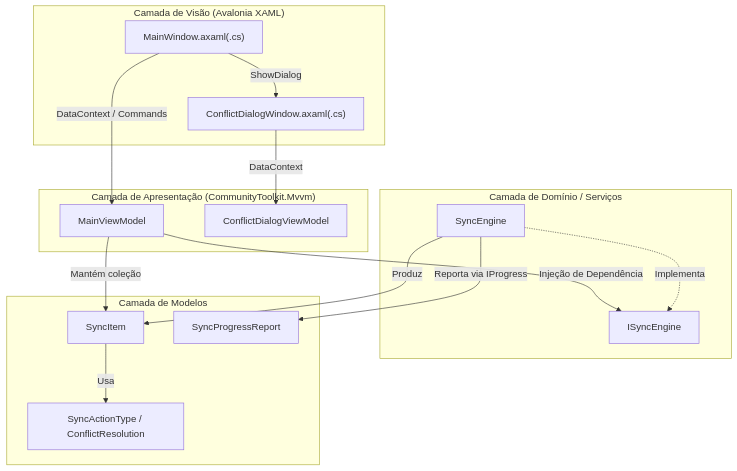
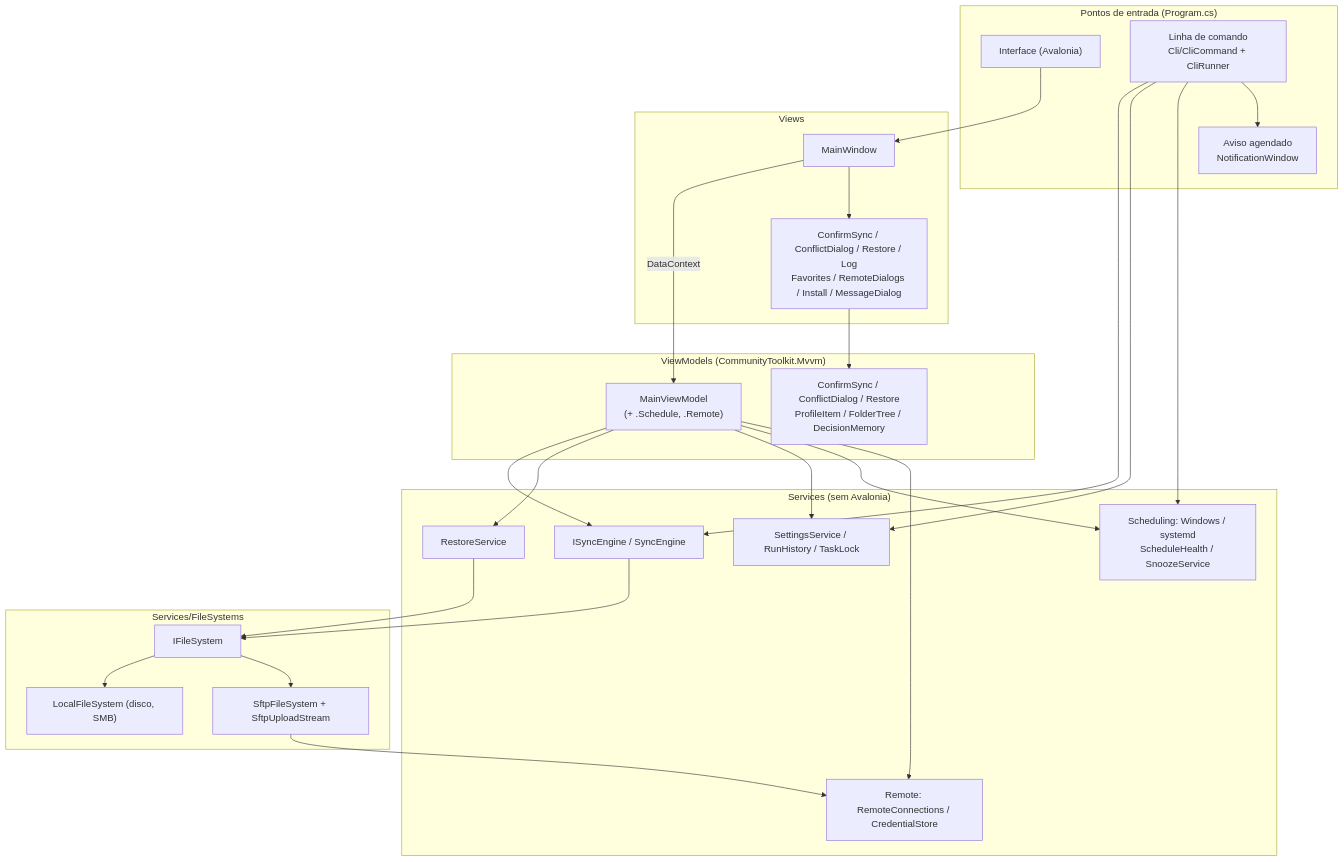
The first of 2 diagrams in docs/DOCUMENTACAO_TECNICA.md (KuriakinToscan/OmniSync), drawn with Mermaid before and after one commit. The commit also changed other lines of this file and 4 other files, not shown here.

````diff
--- a/docs/DOCUMENTACAO_TECNICA.md
+++ b/docs/DOCUMENTACAO_TECNICA.md
@@ -34,33 +35,51 @@
 ```mermaid
 flowchart TD
-    subgraph Views["Camada de Visão (Avalonia XAML)"]
-        MW["MainWindow.axaml(.cs)"]
-        CDW["ConflictDialogWindow.axaml(.cs)"]
+    subgraph Entrada["Pontos de entrada (Program.cs)"]
+        GUI["Interface (Avalonia)"]
+        CLI["Linha de comando<br/>Cli/CliCommand + CliRunner"]
+        NOTE["Aviso agendado<br/>NotificationWindow"]
     end
 
-    subgraph ViewModels["Camada de Apresentação (CommunityToolkit.Mvvm)"]
-        MVM["MainViewModel"]
-        CDVM["ConflictDialogViewModel"]
+    subgraph Views["Views"]
+        MW["MainWindow"]
+        DLG["ConfirmSync / ConflictDialog / Restore / Log<br/>Favorites / RemoteDialogs / Install / MessageDialog"]
     end
 
-    subgraph Services["Camada de Domínio / Serviços"]
-        ISE["ISyncEngine"]
-        SE["SyncEngine"]
+    subgraph ViewModels["ViewModels (CommunityToolkit.Mvvm)"]
+        MVM["MainViewModel<br/>(+ .Schedule, .Remote)"]
+        OVM["ConfirmSync / ConflictDialog / Restore<br/>ProfileItem / FolderTree / DecisionMemory"]
     end
 
-    subgraph Models["Camada de Modelos"]
-        SI["SyncItem"]
-        SPR["SyncProgressReport"]
-        SAT["SyncActionType / ConflictResolution"]
+    subgraph Services["Services (sem Avalonia)"]
+        SE["ISyncEngine / SyncEngine"]
+        RS["RestoreService"]
+        ST["SettingsService / RunHistory / TaskLock"]
+        SCH["Scheduling: Windows / systemd<br/>ScheduleHealth / SnoozeService"]
+        REM["Remote: RemoteConnections / CredentialStore"]
     end
 
-    MW -->|DataContext / Commands| MVM
-    MW -->|ShowDialog| CDW
-    CDW -->|DataContext| CDVM
-    MVM -->|Injeção de Dependência| ISE
-    SE -.->|Implementa| ISE
-    MVM -->|Mantém coleção| SI
-    SE -->|Produz| SI
-    SE -->|Reporta via IProgress| SPR
-    SI -->|Usa| SAT
+    subgraph FS["Services/FileSystems"]
+        IFS["IFileSystem"]
+        LFS["LocalFileSystem (disco, SMB)"]
+        SFS["SftpFileSystem + SftpUploadStream"]
+    end
+
+    GUI --> MW
+    MW -->|DataContext| MVM
+    MW --> DLG
+    DLG --> OVM
+    MVM --> SE
+    MVM --> RS
+    MVM --> ST
+    MVM --> SCH
+    MVM --> REM
+    CLI --> SE
+    CLI --> ST
+    CLI --> SCH
+    CLI --> NOTE
+    SE --> IFS
+    RS --> IFS
+    IFS --> LFS
+    IFS --> SFS
+    SFS --> REM
 ```
````
